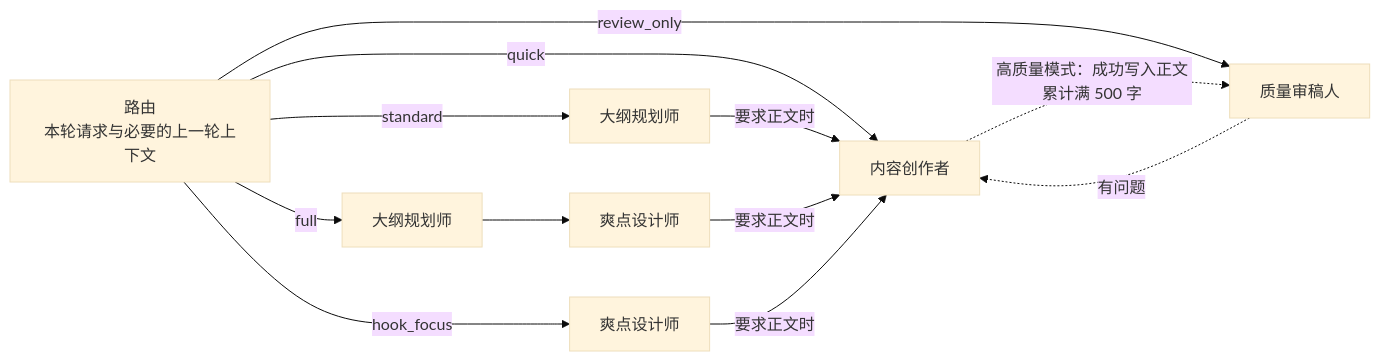
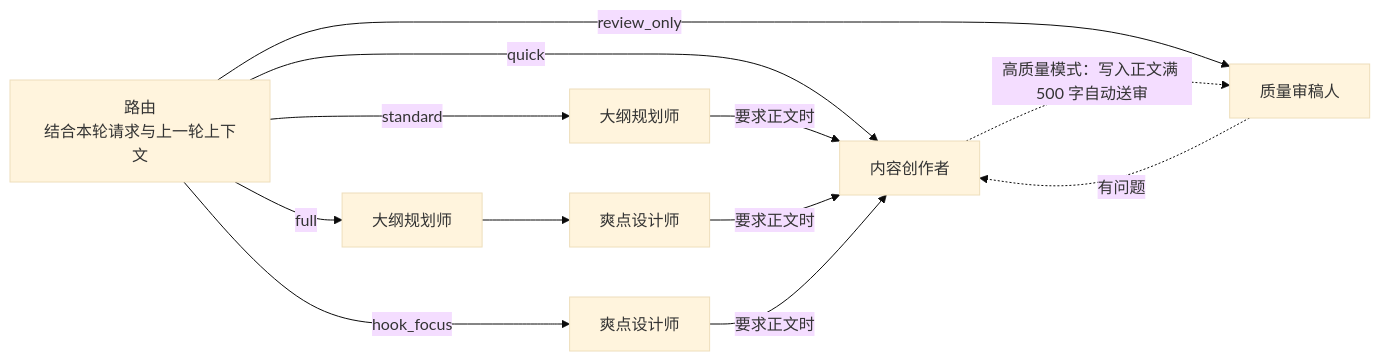
One commit to zenstory-ai/zenstory changed the diagram in README.md. Above: the diagram before and after it, drawn with Mermaid (base theme). The commit also changed other lines of this file and 2 other files, not shown here.

````diff
--- a/README.md
+++ b/README.md
@@ -146,10 +147,10 @@
 ```mermaid
 flowchart LR
-    R["路由<br/>本轮请求与必要的上一轮上下文"] -->|quick| W["内容创作者"]
+    R["路由<br/>结合本轮请求与上一轮上下文"] -->|quick| W["内容创作者"]
     R -->|standard| P["大纲规划师"] -->|要求正文时| W
     R -->|full| P2["大纲规划师"] --> H["爽点设计师"] -->|要求正文时| W
     R -->|hook_focus| H2["爽点设计师"] -->|要求正文时| W
     R -->|review_only| Q["质量审稿人"]
-    W -. 高质量模式：成功写入正文累计满 500 字 .-> Q
+    W -. 高质量模式：写入正文满 500 字自动送审 .-> Q
     Q -. 有问题 .-> W
 ```
````
